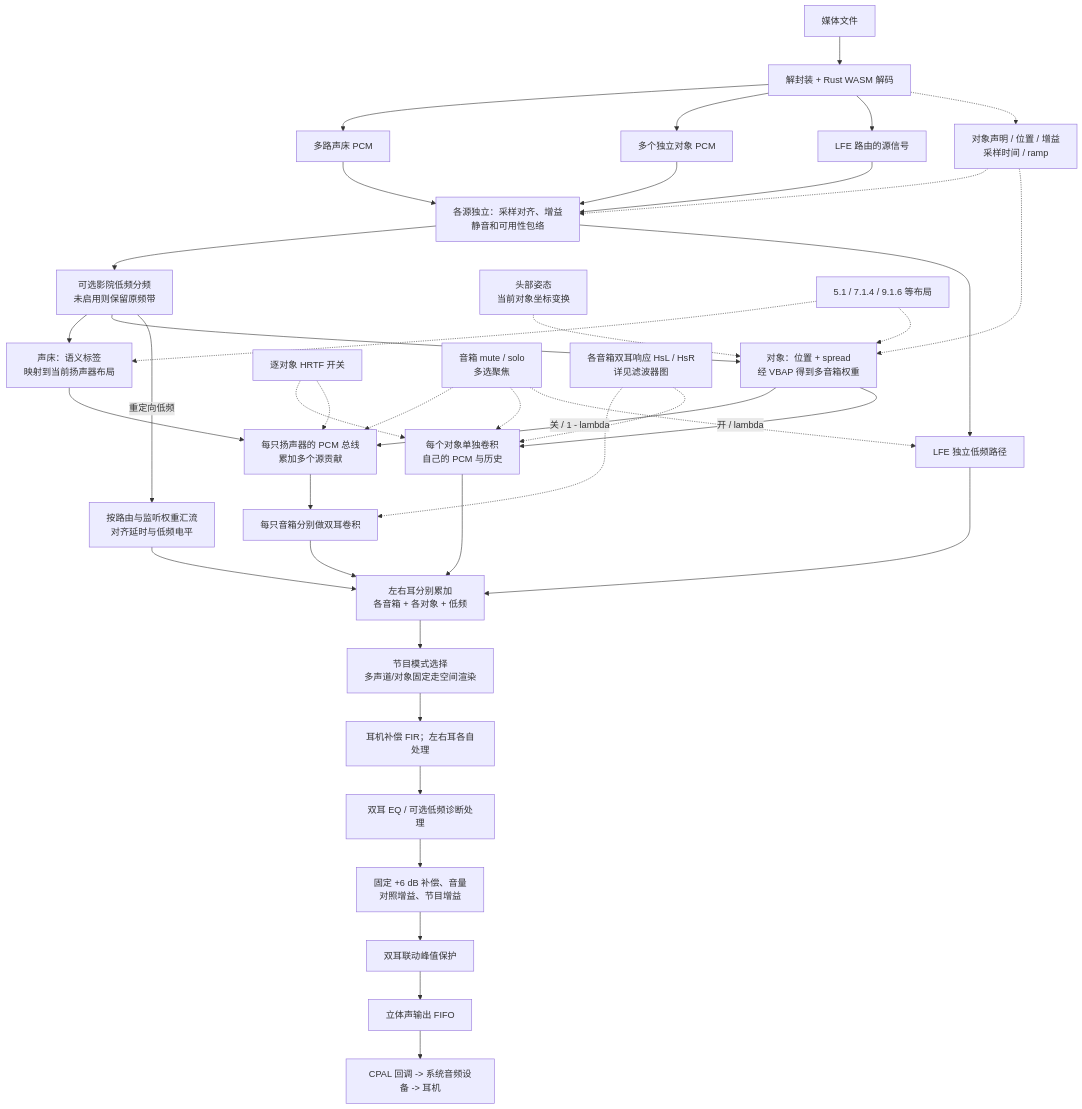
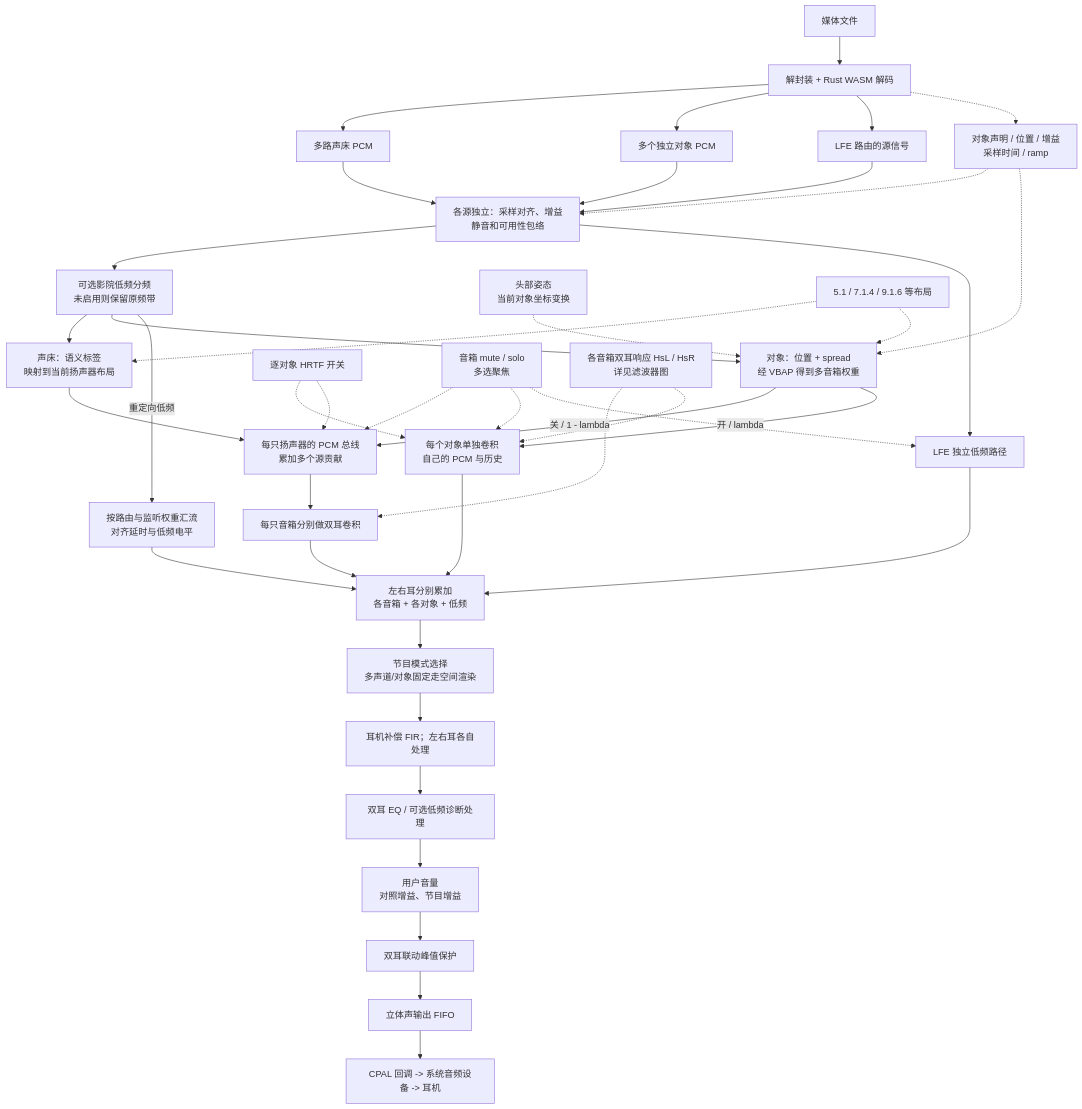
One commit to fengluoxiao/SDA changed the first of 4 diagrams in docs/rendering-signal-flow.md. Above: the diagram before and after it, drawn with Mermaid. The commit also changed other lines of this file and 24 other files, not shown here.

````diff
--- a/docs/rendering-signal-flow.md
+++ b/docs/rendering-signal-flow.md
@@ -26,48 +26,48 @@
 ```mermaid
 flowchart TB
     FILE["媒体文件"] --> DEMUX["解封装 + Rust WASM 解码"]
     DEMUX --> BED["多路声床 PCM"]
     DEMUX --> OBJ["多个独立对象 PCM"]
     DEMUX --> LFE["LFE 路由的源信号"]
     DEMUX -.-> META["对象声明 / 位置 / 增益<br/>采样时间 / ramp"]
 
     BED --> SRC["各源独立：采样对齐、增益<br/>静音和可用性包络"]
     OBJ --> SRC
     LFE --> SRC
     META -.-> SRC
     SRC --> SPLIT["可选影院低频分频<br/>未启用则保留原频带"]
     SRC --> LFEPATH["LFE 独立低频路径"]
 
     SPLIT --> BEDROUTE["声床：语义标签<br/>映射到当前扬声器布局"]
     SPLIT --> OBJROUTE["对象：位置 + spread<br/>经 VBAP 得到多音箱权重"]
     META -.-> OBJROUTE
     POSE["头部姿态<br/>当前对象坐标变换"] -.-> OBJROUTE
     LAYOUT["5.1 / 7.1.4 / 9.1.6 等布局"] -.-> BEDROUTE
     LAYOUT -.-> OBJROUTE
 
     BEDROUTE --> BUS["每只扬声器的 PCM 总线<br/>累加多个源贡献"]
     OBJROUTE -->|"关 / 1 - lambda"| BUS
     OBJROUTE -->|"开 / lambda"| DIRECT["每个对象单独卷积<br/>自己的 PCM 与历史"]
     SWITCH["逐对象 HRTF 开关"] -.-> DIRECT
     SWITCH -.-> BUS
 
     MONITOR["音箱 mute / solo<br/>多选聚焦"] -.-> BUS
     MONITOR -.-> DIRECT
     MONITOR -.-> LFEPATH
     FILTERS["各音箱双耳响应 HsL / HsR<br/>详见滤波器图"] -.-> BUSCONV
     FILTERS -.-> DIRECT
     BUS --> BUSCONV["每只音箱分别做双耳卷积"]
     BUSCONV --> SUM["左右耳分别累加<br/>各音箱 + 各对象 + 低频"]
     DIRECT --> SUM
     SPLIT -->|"重定向低频"| BASS["按路由与监听权重汇流<br/>对齐延时与低频电平"]
     BASS --> SUM
     LFEPATH --> SUM
 
     SUM --> SELECT["节目模式选择<br/>多声道/对象固定走空间渲染"]
     SELECT --> HP["耳机补偿 FIR；左右耳各自处理"]
     HP --> EQ["双耳 EQ / 可选低频诊断处理"]
-    EQ --> GAIN["固定 +6 dB 补偿、音量<br/>对照增益、节目增益"]
+    EQ --> GAIN["用户音量<br/>对照增益、节目增益"]
     GAIN --> LIMIT["双耳联动峰值保护"]
     LIMIT --> FIFO["立体声输出 FIFO"]
     FIFO --> DAC["CPAL 回调 -> 系统音频设备 -> 耳机"]
 ```
````
